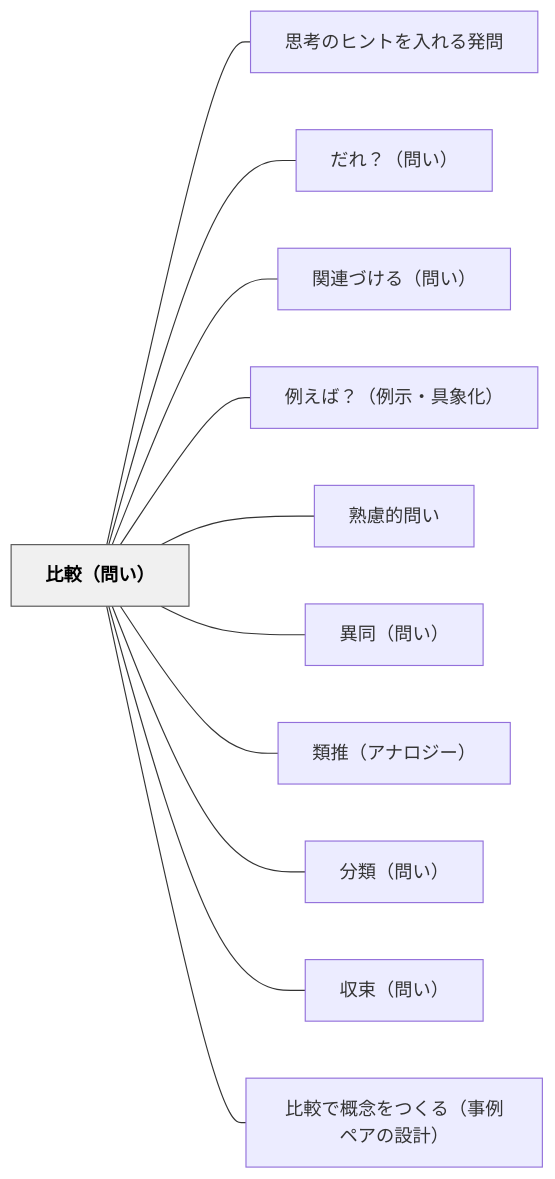
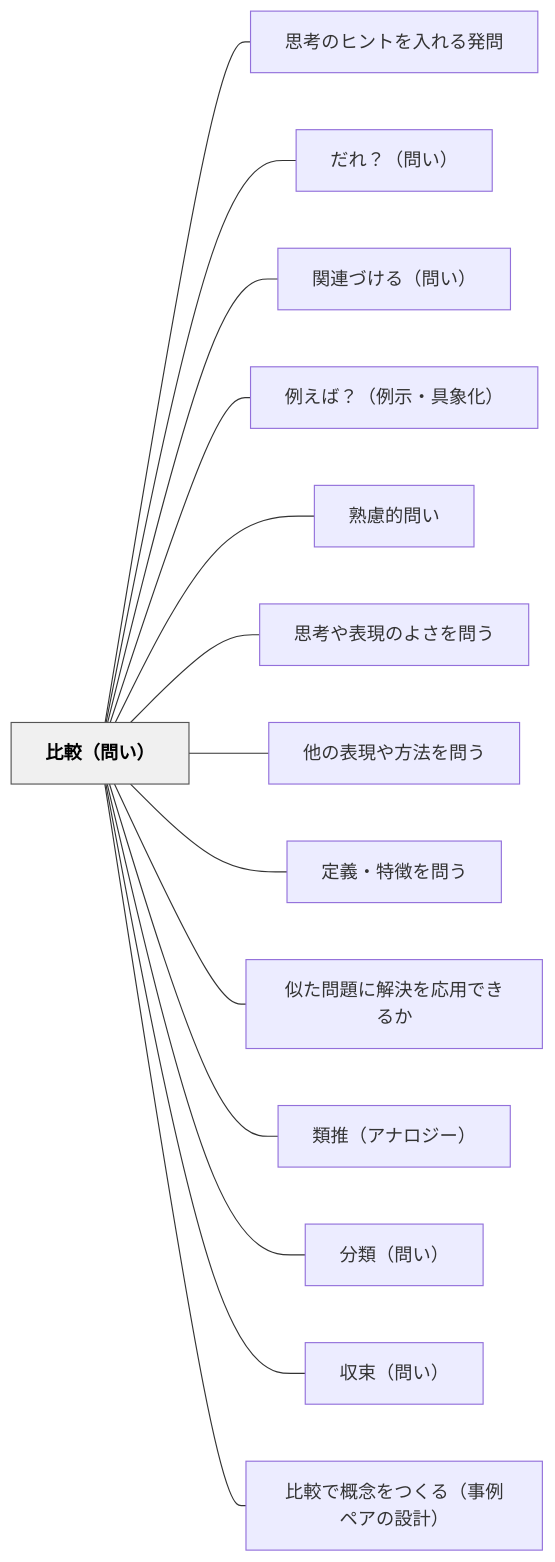
The diagram in content/パタン/比較（問い）.md (unknownthings-ed-patterns/unknownthings-ed-patterns), drawn with Mermaid before and after one commit. The commit also changed other lines of this file and 9 other files, not shown here.

````diff
--- a/content/パタン/比較（問い）.md
+++ b/content/パタン/比較（問い）.md
@@ -54,28 +67,34 @@
 ```mermaid
 flowchart LR
     ne6af94e8bc83efbc88e5958fe38184efbc89["比較（問い）"]
     ne6809de88083e381aee38392e383b3e38388e38292e585a5e3828ce3828be799bae5958f["思考のヒントを入れる発問"]
     ne381a0e3828cefbc9fefbc88e5958fe38184efbc89["だれ？（問い）"]
     ne996a2e980a3e381a5e38191e3828befbc88e5958fe38184efbc89["関連づける（問い）"]
     ne4be8be38188e381b0efbc9fefbc88e4be8be7a4bae383bbe585b7e8b1a1e58c96efbc89["例えば？（例示・具象化）"]
     ne7869fe685aee79a84e5958fe38184["熟慮的問い"]
-    ne795b0e5908cefbc88e5958fe38184efbc89["異同（問い）"]
+    ne6809de88083e38284e8a1a8e78fbee381aee38288e38195e38292e5958fe38186["思考や表現のよさを問う"]
+    ne4bb96e381aee8a1a8e78fbee38284e696b9e6b395e38292e5958fe38186["他の表現や方法を問う"]
+    ne5ae9ae7bea9e383bbe789b9e5beb4e38292e5958fe38186["定義・特徴を問う"]
+    ne4bcbce3819fe5958fe9a18ce381abe8a7a3e6b1bae38292e5bf9ce794a8e381a7e3818de3828be3818b["似た問題に解決を応用できるか"]
     ne9a19ee68ea8efbc88e382a2e3838ae383ade382b8e383bcefbc89["類推（アナロジー）"]
     ne58886e9a19eefbc88e5958fe38184efbc89["分類（問い）"]
     ne58f8ee69d9fefbc88e5958fe38184efbc89["収束（問い）"]
     ne6af94e8bc83e381a7e6a682e5bfb5e38292e381a4e3818fe3828befbc88e4ba8be4be8be3839ae382a2e381aee8a8ade8a888efbc89["比較で概念をつくる（事例ペアの設計）"]
 
     ne6af94e8bc83efbc88e5958fe38184efbc89 --- ne6809de88083e381aee38392e383b3e38388e38292e585a5e3828ce3828be799bae5958f
     ne6af94e8bc83efbc88e5958fe38184efbc89 --- ne381a0e3828cefbc9fefbc88e5958fe38184efbc89
     ne6af94e8bc83efbc88e5958fe38184efbc89 --- ne996a2e980a3e381a5e38191e3828befbc88e5958fe38184efbc89
     ne6af94e8bc83efbc88e5958fe38184efbc89 --- ne4be8be38188e381b0efbc9fefbc88e4be8be7a4bae383bbe585b7e8b1a1e58c96efbc89
     ne6af94e8bc83efbc88e5958fe38184efbc89 --- ne7869fe685aee79a84e5958fe38184
-    ne6af94e8bc83efbc88e5958fe38184efbc89 --- ne795b0e5908cefbc88e5958fe38184efbc89
+    ne6af94e8bc83efbc88e5958fe38184efbc89 --- ne6809de88083e38284e8a1a8e78fbee381aee38288e38195e38292e5958fe38186
+    ne6af94e8bc83efbc88e5958fe38184efbc89 --- ne4bb96e381aee8a1a8e78fbee38284e696b9e6b395e38292e5958fe38186
+    ne6af94e8bc83efbc88e5958fe38184efbc89 --- ne5ae9ae7bea9e383bbe789b9e5beb4e38292e5958fe38186
+    ne6af94e8bc83efbc88e5958fe38184efbc89 --- ne4bcbce3819fe5958fe9a18ce381abe8a7a3e6b1bae38292e5bf9ce794a8e381a7e3818de3828be3818b
     ne6af94e8bc83efbc88e5958fe38184efbc89 --- ne9a19ee68ea8efbc88e382a2e3838ae383ade382b8e383bcefbc89
     ne6af94e8bc83efbc88e5958fe38184efbc89 --- ne58886e9a19eefbc88e5958fe38184efbc89
     ne6af94e8bc83efbc88e5958fe38184efbc89 --- ne58f8ee69d9fefbc88e5958fe38184efbc89
     ne6af94e8bc83efbc88e5958fe38184efbc89 --- ne6af94e8bc83e381a7e6a682e5bfb5e38292e381a4e3818fe3828befbc88e4ba8be4be8be3839ae382a2e381aee8a8ade8a888efbc89
 
     classDef hub fill:#f0f0f0,stroke:#555,color:#000,font-weight:bold
     class ne6af94e8bc83efbc88e5958fe38184efbc89 hub
 ```
````
